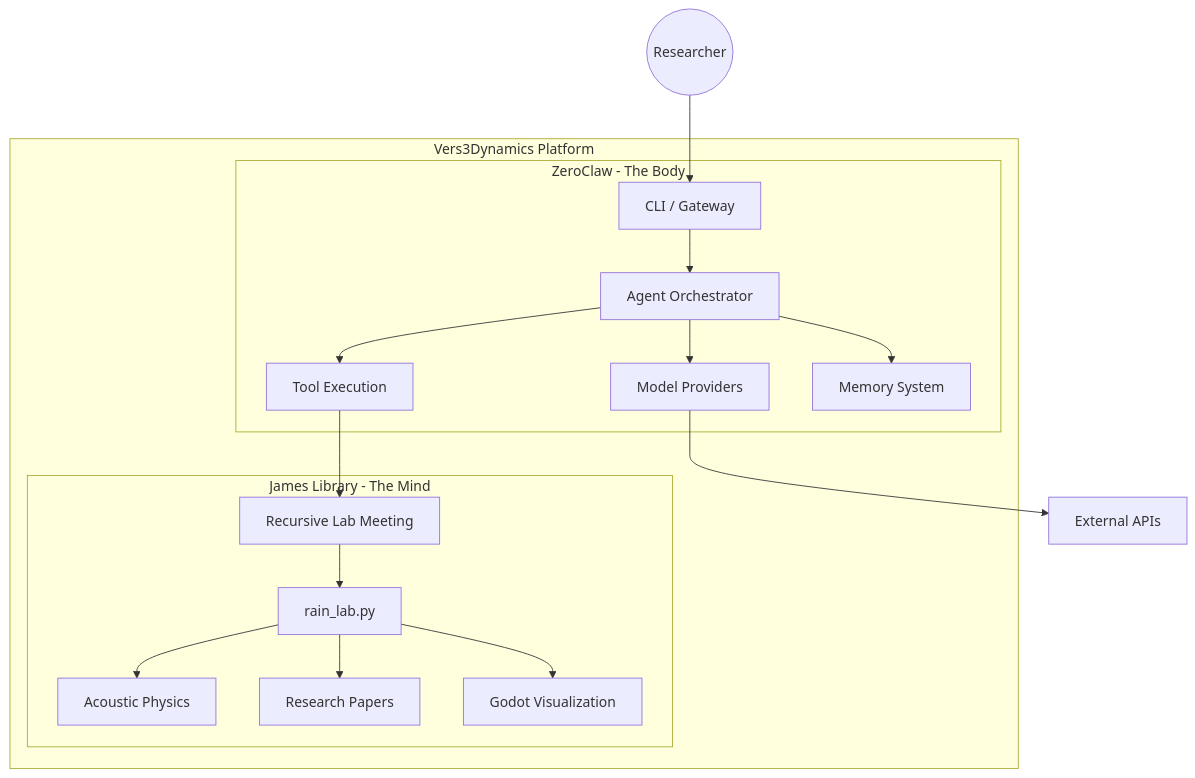
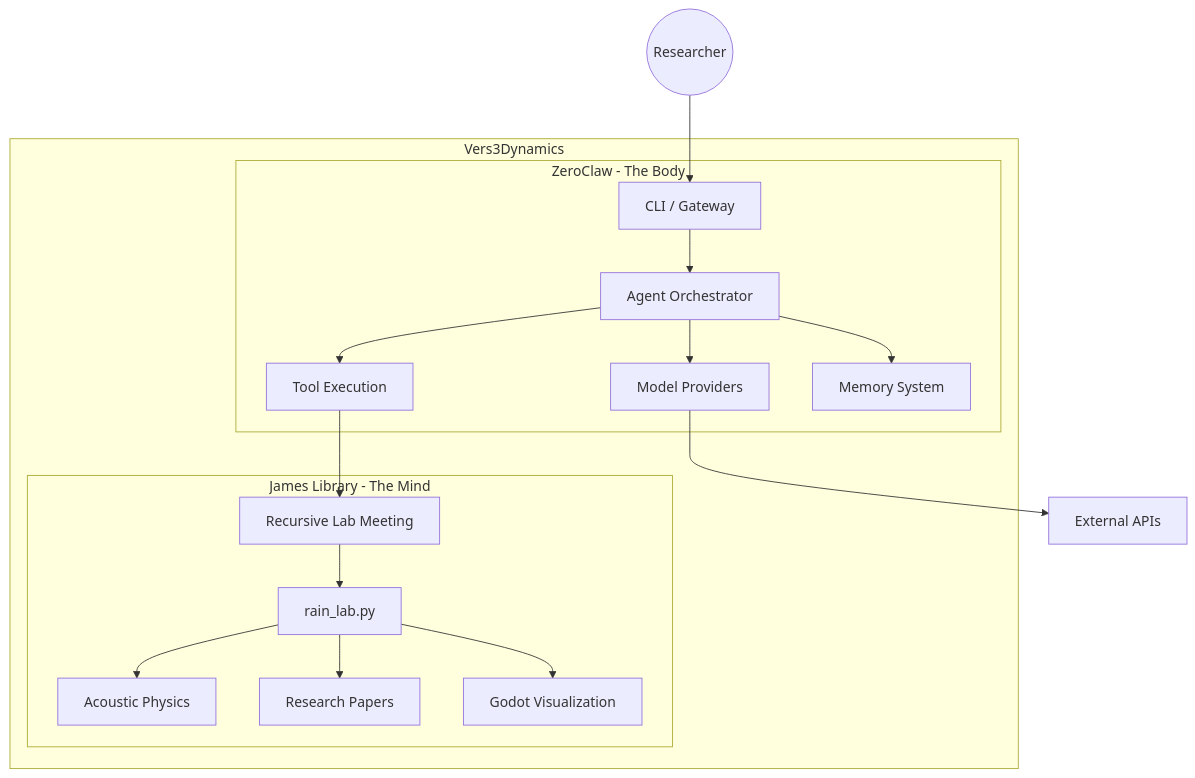
The diagram in README.md (topherchris420/james_library), drawn with Mermaid before and after one commit.

````diff
--- a/README.md
+++ b/README.md
@@ -41,35 +41,35 @@
 ```mermaid
 graph TB
-    subgraph "Vers3Dynamics Platform"
+    subgraph "Vers3Dynamics"
         subgraph "ZeroClaw - The Body"
             CLI[CLI / Gateway]
             Agent[Agent Orchestrator]
             Providers[Model Providers]
             Tools[Tool Execution]
             Memory[Memory System]
         end
 
         subgraph "James Library - The Mind"
             RLM[Recursive Lab Meeting]
             RainLab[rain_lab.py]
             Physics[Acoustic Physics]
             Research[Research Papers]
             Godot[Godot Visualization]
         end
     end
 
     User((Researcher))
     External[External APIs]
 
     User --> CLI
     CLI --> Agent
     Agent --> Providers
     Agent --> Tools
     Agent --> Memory
     Tools --> RLM
     RLM --> RainLab
     RainLab --> Physics
     RainLab --> Research
     RainLab --> Godot
     Providers --> External
 ```
````
